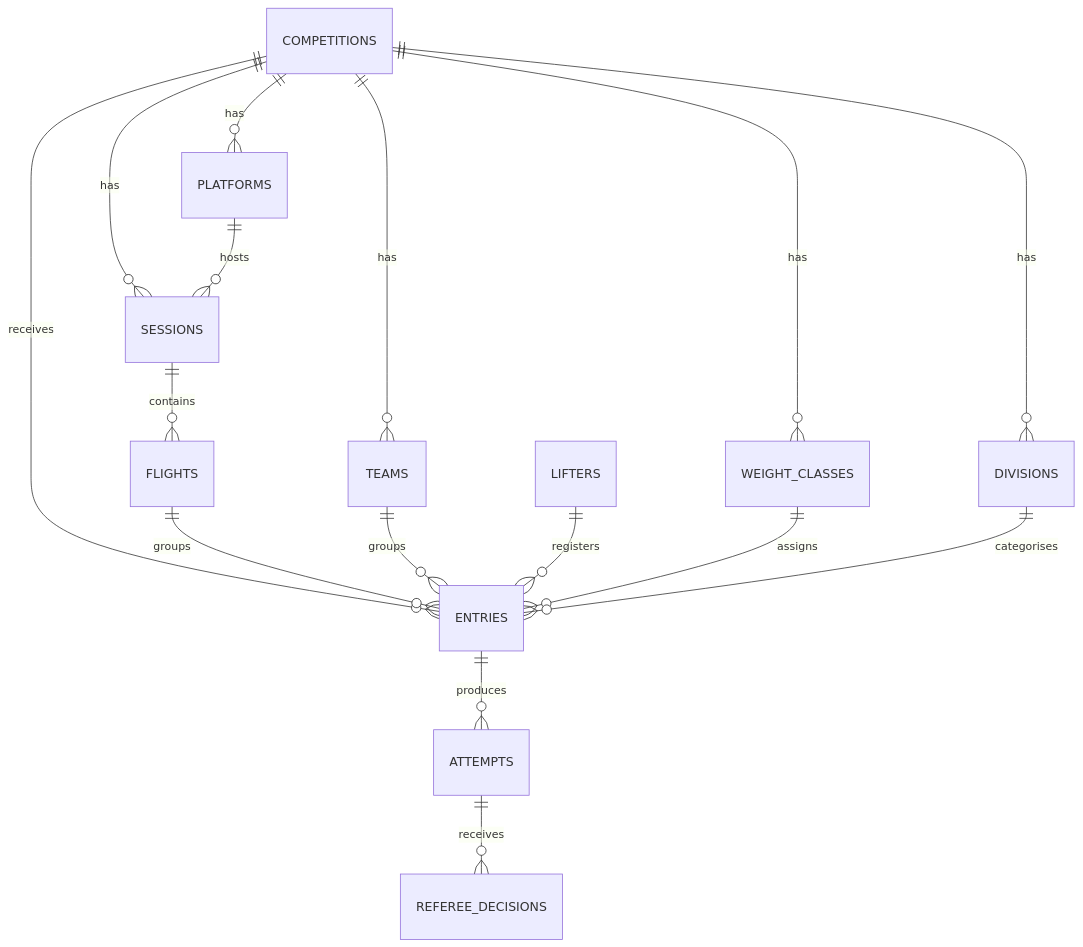
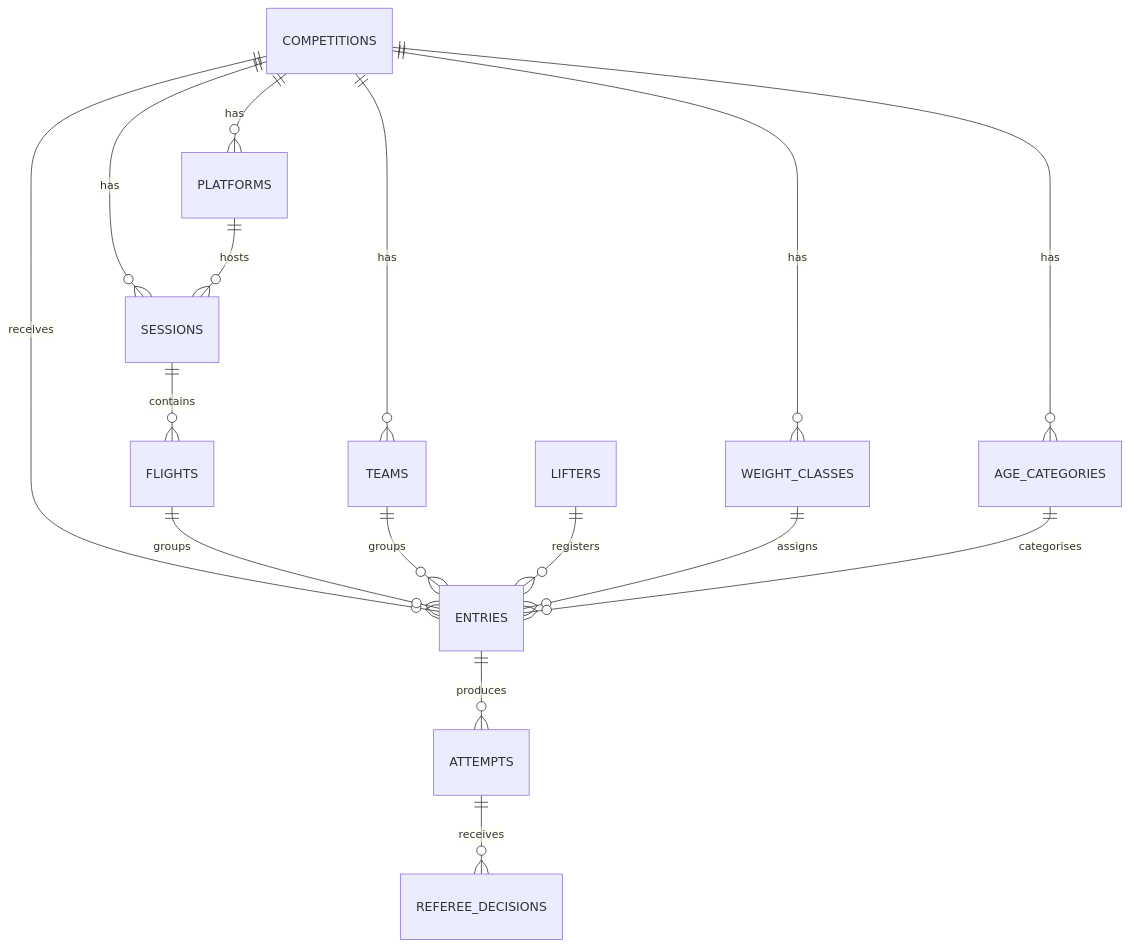
Before and after one commit to StrengthAnalytics/Comp-Software: the diagram in ARCHITECTURE.md, drawn with Mermaid. The commit also changed other lines of this file and 47 other files, not shown here.

````diff
--- a/ARCHITECTURE.md
+++ b/ARCHITECTURE.md
@@ -29,18 +29,18 @@
 ```mermaid
 erDiagram
-  COMPETITIONS ||--o{ DIVISIONS : has
+  COMPETITIONS ||--o{ AGE_CATEGORIES : has
   COMPETITIONS ||--o{ WEIGHT_CLASSES : has
   COMPETITIONS ||--o{ PLATFORMS : has
   COMPETITIONS ||--o{ SESSIONS : has
   COMPETITIONS ||--o{ ENTRIES : receives
   COMPETITIONS ||--o{ TEAMS : has
   PLATFORMS ||--o{ SESSIONS : hosts
   SESSIONS ||--o{ FLIGHTS : contains
   FLIGHTS ||--o{ ENTRIES : groups
   TEAMS ||--o{ ENTRIES : groups
   LIFTERS ||--o{ ENTRIES : registers
   WEIGHT_CLASSES ||--o{ ENTRIES : assigns
-  DIVISIONS ||--o{ ENTRIES : categorises
+  AGE_CATEGORIES ||--o{ ENTRIES : categorises
   ENTRIES ||--o{ ATTEMPTS : produces
   ATTEMPTS ||--o{ REFEREE_DECISIONS : receives
 ```
````
